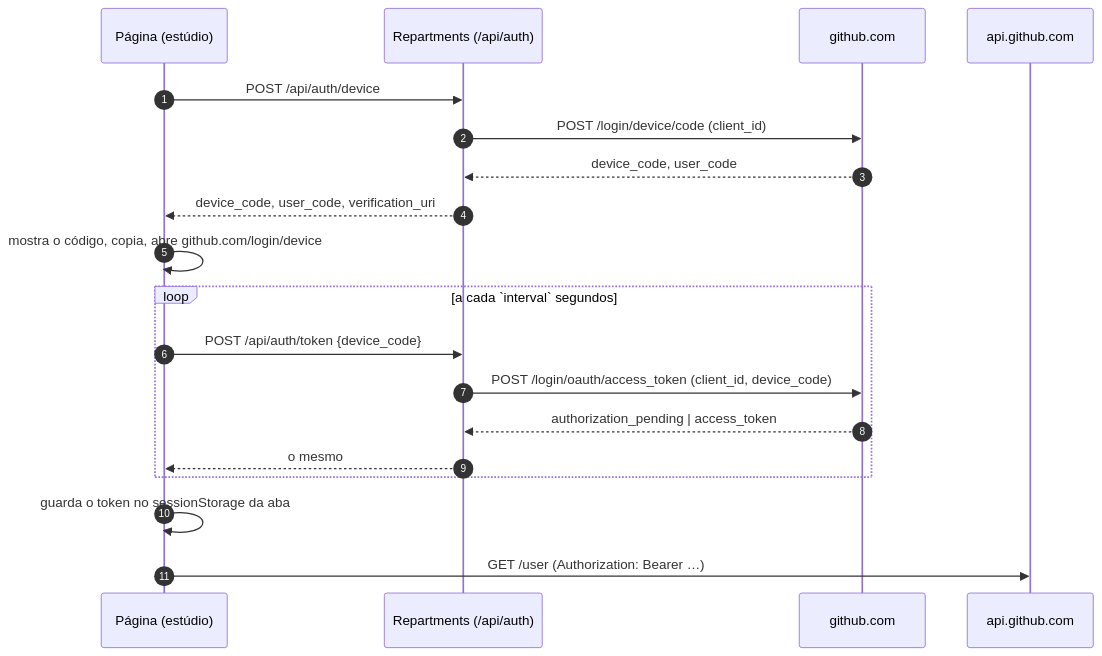
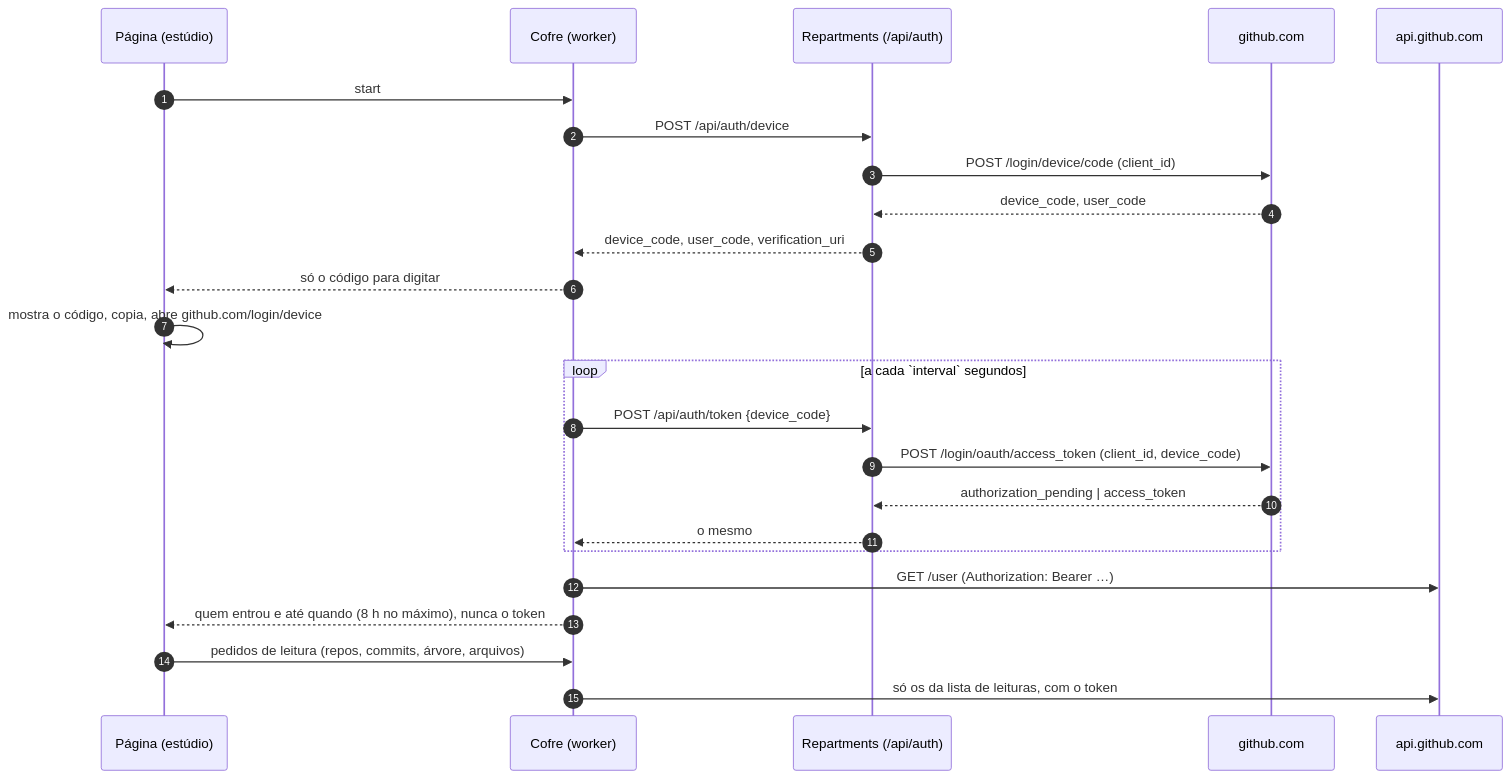
One commit to Yourdevdaniel/repartments changed the diagram in docs/api.md. Above: the diagram before and after it, drawn with Mermaid. The commit also changed other lines of this file and 6 other files, not shown here.

````diff
--- a/docs/api.md
+++ b/docs/api.md
@@ -28,21 +28,26 @@
 ```mermaid
 sequenceDiagram
   autonumber
   participant P as Página (estúdio)
+  participant V as Cofre (worker)
   participant R as Repartments (/api/auth)
   participant G as github.com
   participant A as api.github.com
-  P->>R: POST /api/auth/device
+  P->>V: start
+  V->>R: POST /api/auth/device
   R->>G: POST /login/device/code (client_id)
   G-->>R: device_code, user_code
-  R-->>P: device_code, user_code, verification_uri
+  R-->>V: device_code, user_code, verification_uri
+  V-->>P: só o código para digitar
   P->>P: mostra o código, copia, abre github.com/login/device
   loop a cada `interval` segundos
-    P->>R: POST /api/auth/token {device_code}
+    V->>R: POST /api/auth/token {device_code}
     R->>G: POST /login/oauth/access_token (client_id, device_code)
     G-->>R: authorization_pending | access_token
-    R-->>P: o mesmo
+    R-->>V: o mesmo
   end
-  P->>P: guarda o token no sessionStorage da aba
-  P->>A: GET /user (Authorization: Bearer …)
+  V->>A: GET /user (Authorization: Bearer …)
+  V-->>P: quem entrou e até quando (8 h no máximo), nunca o token
+  P->>V: pedidos de leitura (repos, commits, árvore, arquivos)
+  V->>A: só os da lista de leituras, com o token
 ```
````
